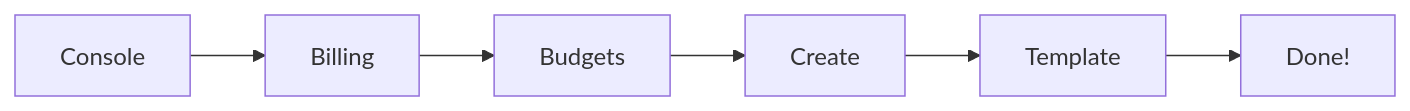
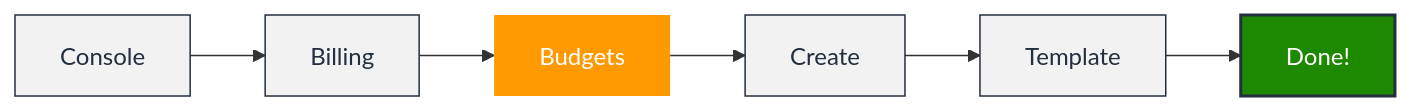
The fourth of 7 diagrams in The First Cloud Journey/3. Cost Management with AWS Budgets/README.md (tietvinhphu/AWS-Journey), drawn with Mermaid before and after one commit. The commit also changed other lines of this file, not shown here.

Commit message:
update mermaid

````diff
--- a/The First Cloud Journey/3. Cost Management with AWS Budgets/README.md
+++ b/The First Cloud Journey/3. Cost Management with AWS Budgets/README.md
@@ -210,5 +209,9 @@
 ```mermaid
 flowchart LR
-    A[Console] --> B[Billing] --> C[Budgets] --> D[Create] --> E[Template] --> F[Done!]
+    %% Define Styles
+    classDef process fill:#f2f2f2,stroke:#232F3E,stroke-width:1px,color:#232F3E
+    classDef aws fill:#FF9900,stroke:#232F3E,stroke-width:0px,color:#fff
+    classDef done fill:#1E8900,stroke:#232F3E,stroke-width:2px,color:#fff
 
+    A[Console]:::process --> B[Billing]:::process --> C[Budgets]:::aws --> D[Create]:::process --> E[Template]:::process --> F[Done!]:::done
 ```
````
